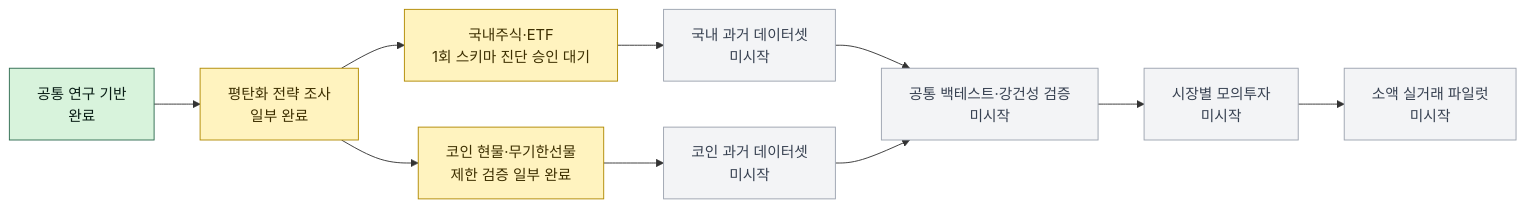
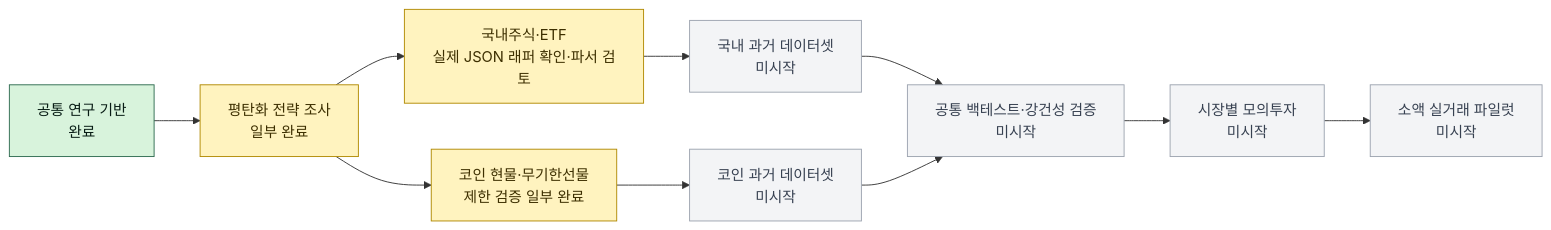
Before and after one commit to jhg6636/autotrade-lab: the diagram in README.md, drawn with Mermaid. The commit also changed other lines of this file and 5 other files, not shown here.

Commit message:
Record Gate E1 schema diagnostic result

````diff
--- a/README.md
+++ b/README.md
@@ -18,22 +18,22 @@
 ```mermaid
 flowchart LR
     A["공통 연구 기반<br/>완료"] --> B["평탄화 전략 조사<br/>일부 완료"]
-    B --> K["국내주식·ETF<br/>1회 스키마 진단 승인 대기"]
+    B --> K["국내주식·ETF<br/>실제 JSON 래퍼 확인·파서 검토"]
     B --> C["코인 현물·무기한선물<br/>제한 검증 일부 완료"]
     K --> KD["국내 과거 데이터셋<br/>미시작"]
     C --> CD["코인 과거 데이터셋<br/>미시작"]
     KD --> V["공통 백테스트·강건성 검증<br/>미시작"]
     CD --> V
     V --> P["시장별 모의투자<br/>미시작"]
     P --> L["소액 실거래 파일럿<br/>미시작"]
 
     classDef done fill:#d8f3dc,stroke:#2d6a4f,color:#081c15;
     classDef partial fill:#fff3bf,stroke:#b08900,color:#3d2f00;
     classDef current fill:#dbeafe,stroke:#2563eb,color:#172554,stroke-width:3px;
     classDef future fill:#f3f4f6,stroke:#9ca3af,color:#374151;
     class A done;
     class B partial;
     class C partial;
     class K partial;
     class KD,CD,V,P,L future;
 ```
````
